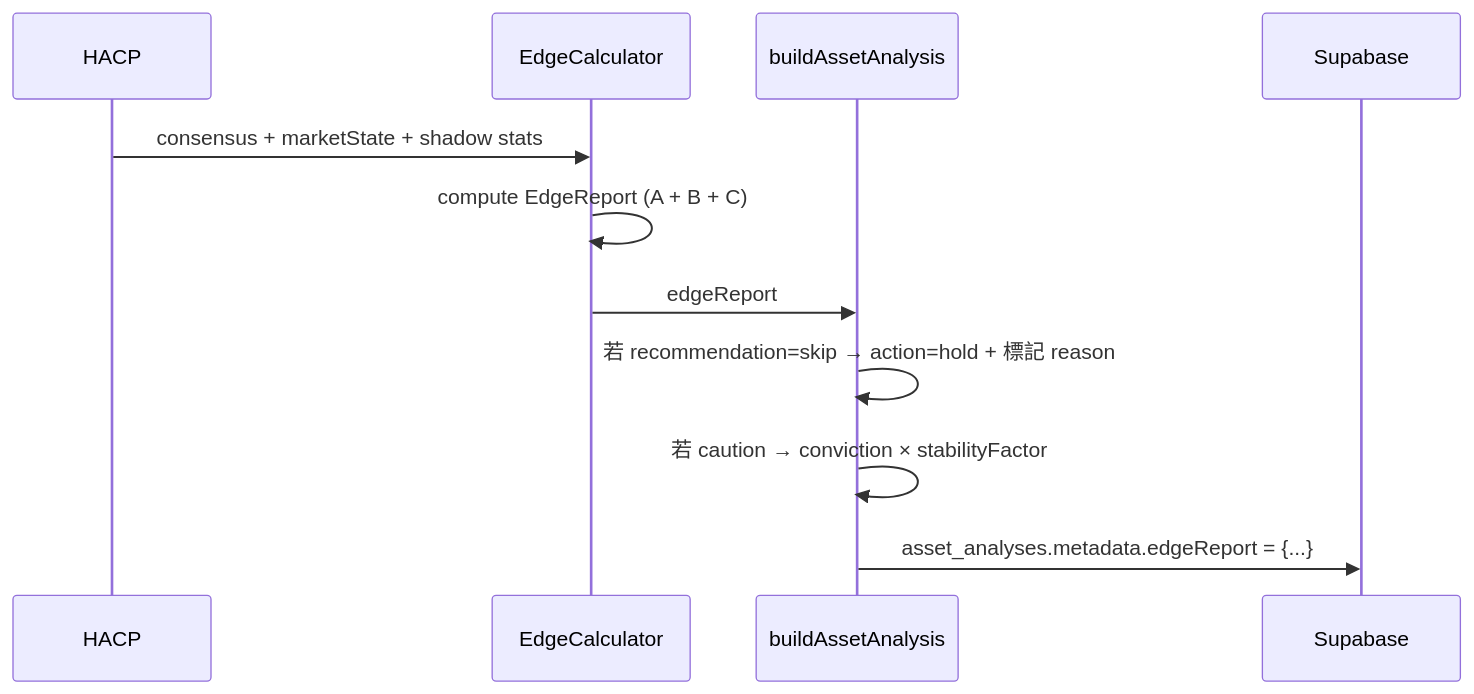
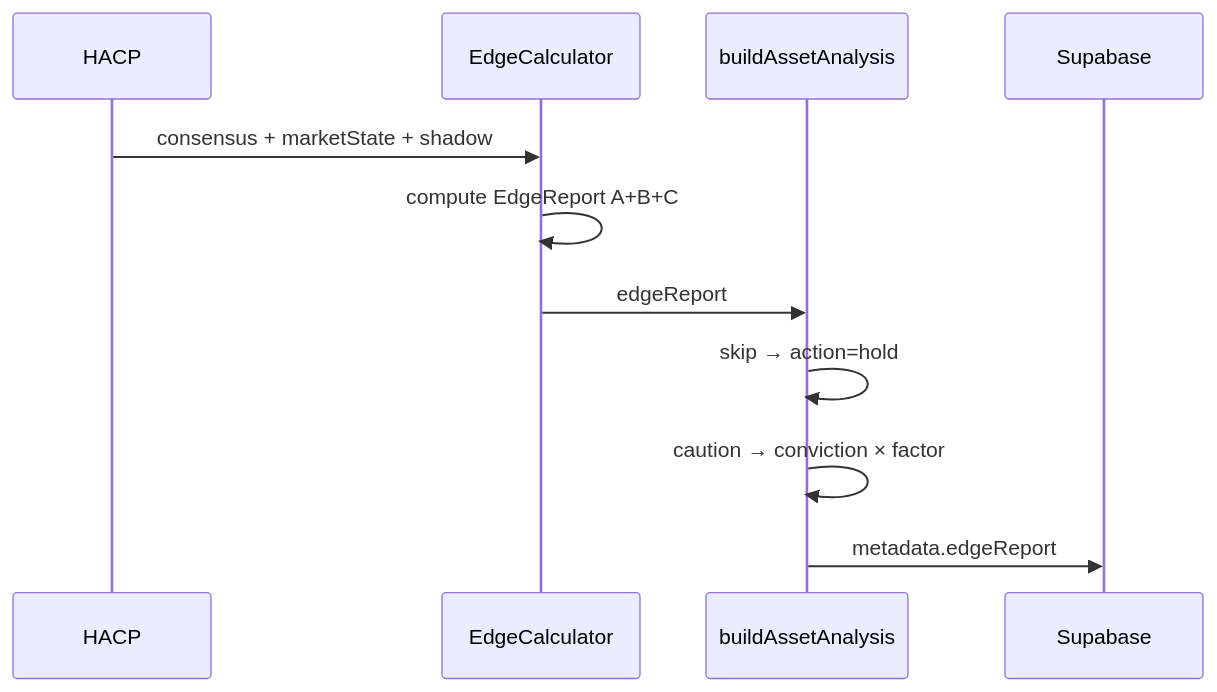
Before and after one commit to wyc-dev/MATS: the first of 2 diagrams in plan.md, drawn with Mermaid. The commit also changed other lines of this file and 4 other files, not shown here.

````diff
--- a/plan.md
+++ b/plan.md
@@ -234,13 +234,13 @@
 ```mermaid
 sequenceDiagram
     participant HACP
     participant Edge as EdgeCalculator
     participant Matrix as buildAssetAnalysis
     participant DB as Supabase
-    HACP->>Edge: consensus + marketState + shadow stats
-    Edge->>Edge: compute EdgeReport (A + B + C)
+    HACP->>Edge: consensus + marketState + shadow
+    Edge->>Edge: compute EdgeReport A+B+C
     Edge->>Matrix: edgeReport
-    Matrix->>Matrix: 若 recommendation=skip → action=hold + 標記 reason
-    Matrix->>Matrix: 若 caution → conviction × stabilityFactor
-    Matrix->>DB: asset_analyses.metadata.edgeReport = {...}
+    Matrix->>Matrix: skip → action=hold
+    Matrix->>Matrix: caution → conviction × factor
+    Matrix->>DB: metadata.edgeReport
 ```
````
